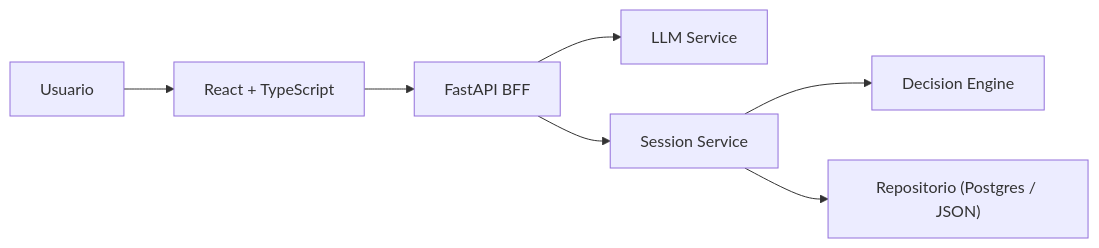
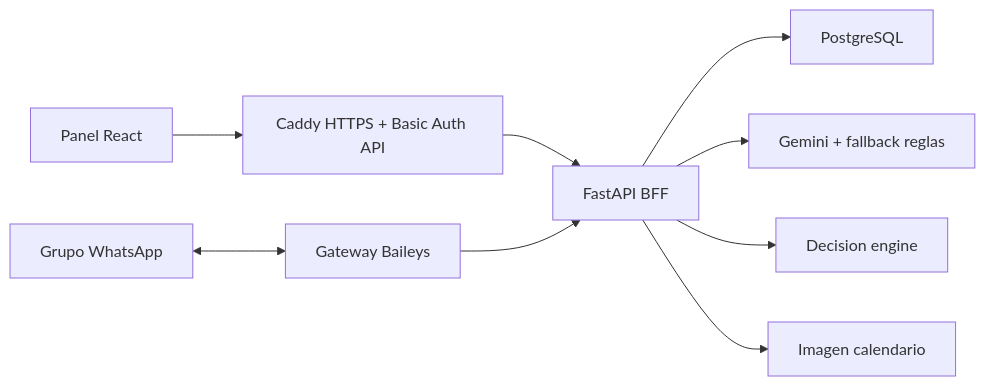
The diagram in coordinador-simple-mvp/docs/ARQUITECTURA_SIMPLE.md (MatiasHernandezC/CoordAgent), drawn with Mermaid before and after one commit. The commit also changed other lines of this file and 81 other files, not shown here.

Commit message:
Version 2: integrar administracion LLM y endurecer coordinacion WhatsApp

````diff
--- a/coordinador-simple-mvp/docs/ARQUITECTURA_SIMPLE.md
+++ b/coordinador-simple-mvp/docs/ARQUITECTURA_SIMPLE.md
@@ -5,9 +6,12 @@
 ```mermaid
 flowchart LR
-  U["Usuario"] --> F["React + TypeScript"]
-  F --> API["FastAPI BFF"]
-  API --> LLM["LLM Service"]
-  API --> SVC["Session Service"]
-  SVC --> ENG["Decision Engine"]
-  SVC --> R["Repositorio (Postgres / JSON)"]
+  Web["Panel React"] --> Caddy["Caddy HTTPS + Basic Auth API"]
+  Caddy --> API["FastAPI BFF"]
+  API --> DB["PostgreSQL"]
+  API --> LLM["Gemini + fallback reglas"]
+  API --> Engine["Decision engine"]
+  API --> Image["Imagen calendario"]
+
+  WA["Grupo WhatsApp"] <--> Gateway["Gateway Baileys"]
+  Gateway --> API
 ```
````
